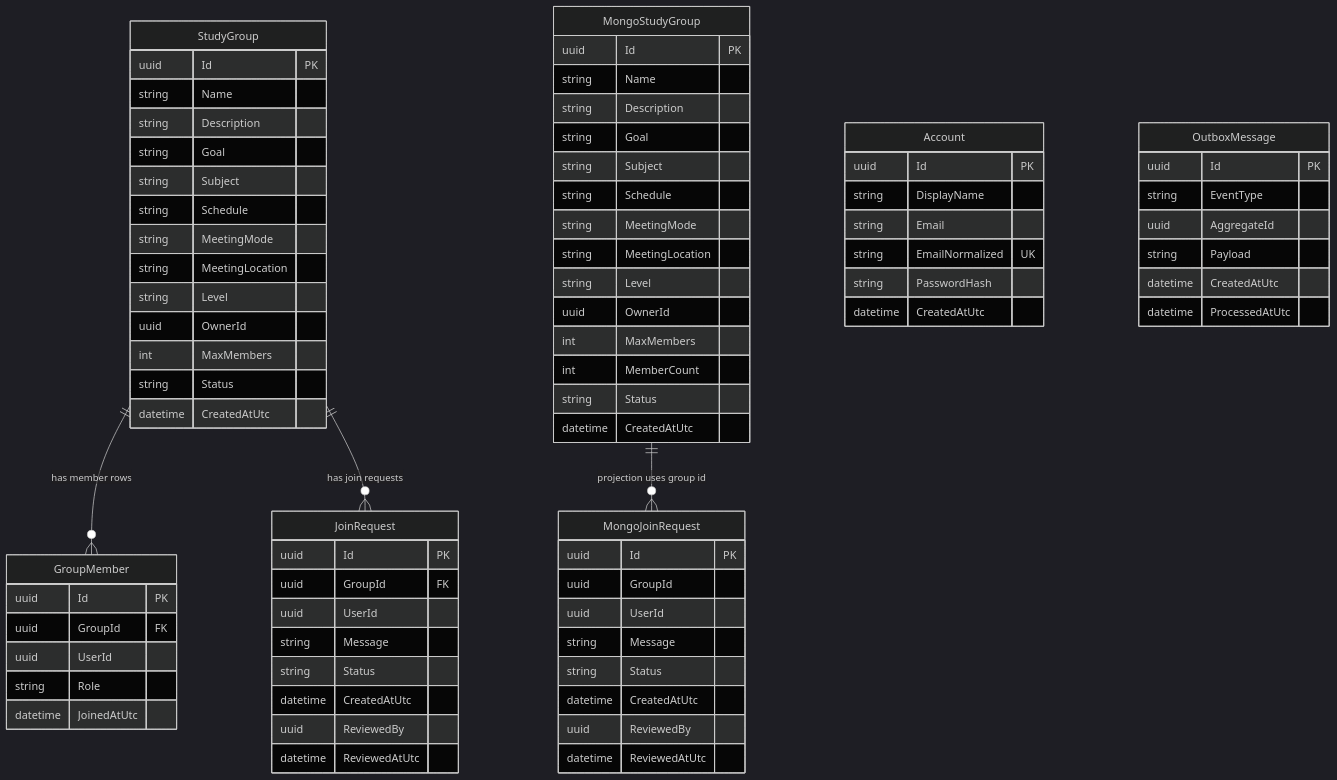
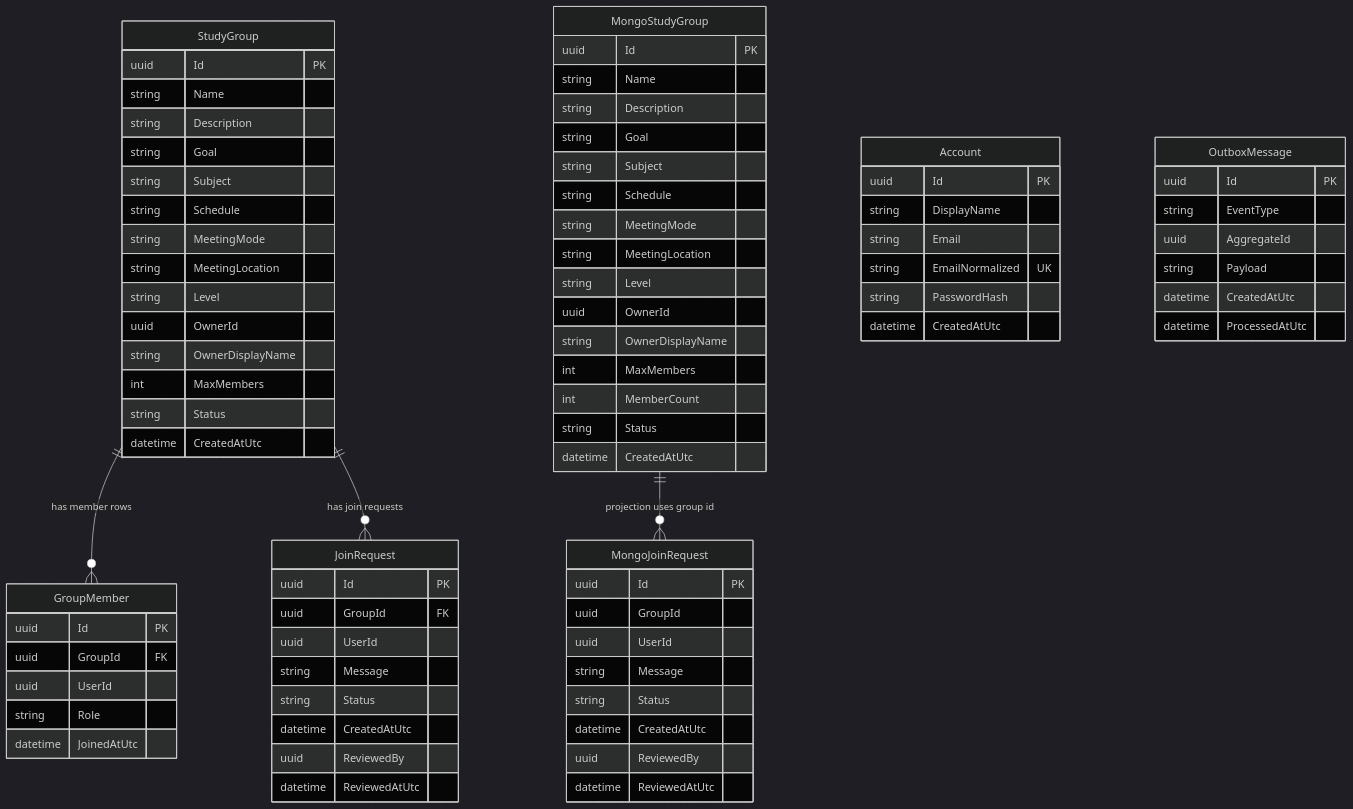
One commit to lein69/CQRS changed the diagram in .github/modernize/assessment/engines/facts/data-architecture.md. Above: the diagram before and after it, drawn with Mermaid (dark theme). The commit also changed other lines of this file and 28 other files, not shown here.

```diff
--- a/.github/modernize/assessment/engines/facts/data-architecture.md
+++ b/.github/modernize/assessment/engines/facts/data-architecture.md
@@ -50,6 +50,7 @@
         string MeetingLocation
         string Level
         uuid OwnerId
+        string OwnerDisplayName
         int MaxMembers
         string Status
         datetime CreatedAtUtc
@@ -90,6 +91,7 @@
         string MeetingLocation
         string Level
         uuid OwnerId
+        string OwnerDisplayName
         int MaxMembers
         int MemberCount
         string Status
```
